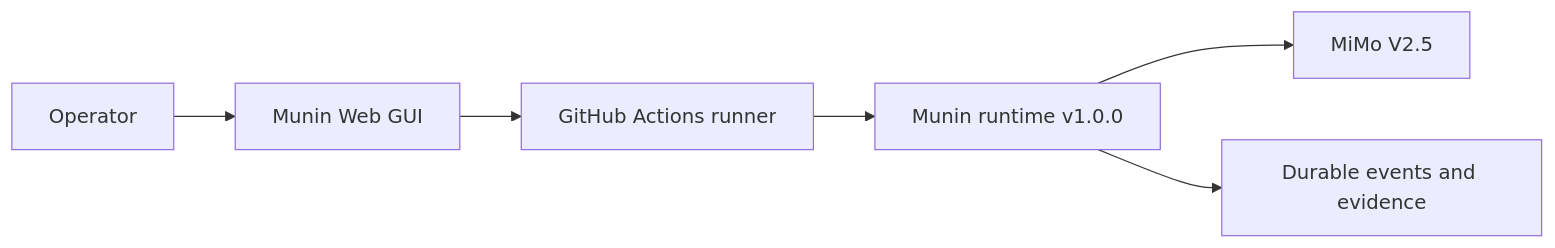
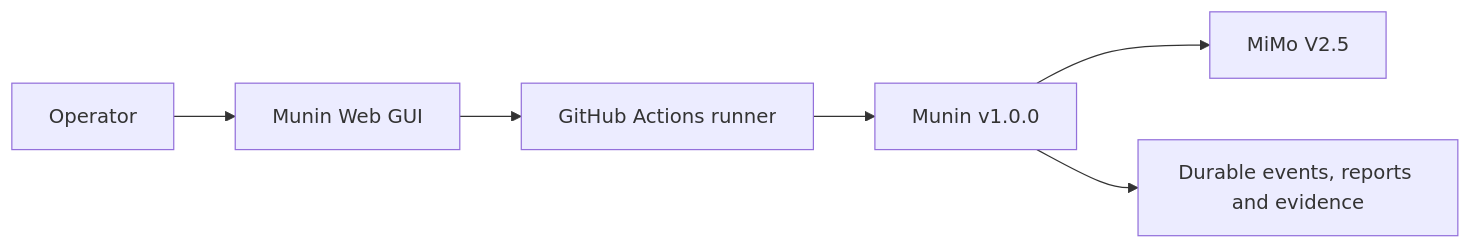
Before and after one commit to PrinceOfPwn/Munin: the first of 9 diagrams in README.md, drawn with Mermaid. The commit also changed other lines of this file, not shown here.

````diff
--- a/README.md
+++ b/README.md
@@ -57,8 +59,8 @@
 ```mermaid
 flowchart LR
-    User[Operator] --> GUI[Munin Web GUI]
+    Operator[Operator] --> GUI[Munin Web GUI]
     GUI --> Actions[GitHub Actions runner]
-    Actions --> Server[Munin runtime v1.0.0]
-    Server --> Model[MiMo V2.5]
-    Server --> Timeline[Durable events and evidence]
+    Actions --> Runtime[Munin v1.0.0]
+    Runtime --> Model[MiMo V2.5]
+    Runtime --> Evidence[Durable events, reports and evidence]
 ```
````
